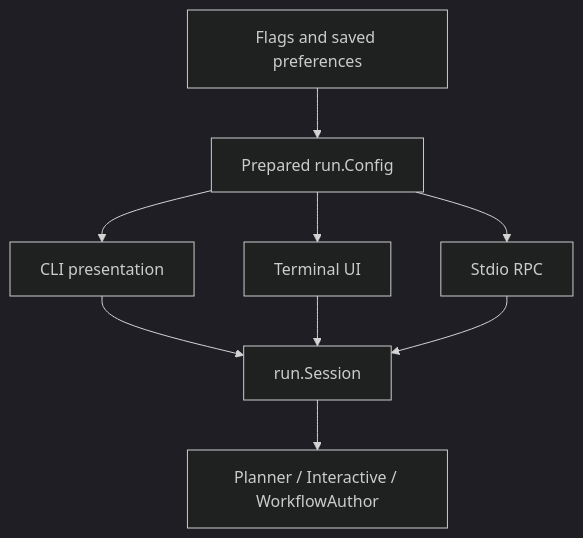
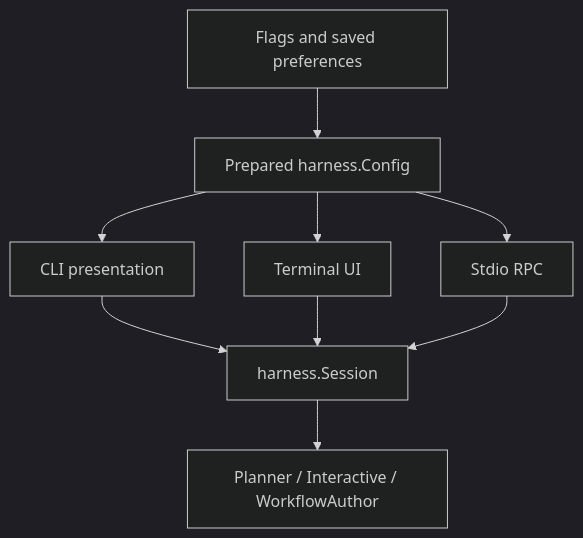
The diagram in docs/internal/command-boundary-review.md (keshon/gektor), drawn with Mermaid (dark theme) before and after one commit. The commit also changed other lines of this file and 514 other files, not shown here.

````diff
--- a/docs/internal/command-boundary-review.md
+++ b/docs/internal/command-boundary-review.md
@@ -11,11 +12,11 @@
 ```mermaid
 flowchart TD
-    CLI[Flags and saved preferences] --> CONFIG[Prepared run.Config]
+    CLI[Flags and saved preferences] --> CONFIG[Prepared harness.Config]
     CONFIG --> PRINT[CLI presentation]
     CONFIG --> TUI[Terminal UI]
     CONFIG --> RPC[Stdio RPC]
-    PRINT --> SESSION[run.Session]
+    PRINT --> SESSION[harness.Session]
     TUI --> SESSION
     RPC --> SESSION
     SESSION --> ROLE[Planner / Interactive / WorkflowAuthor]
 ```
````
